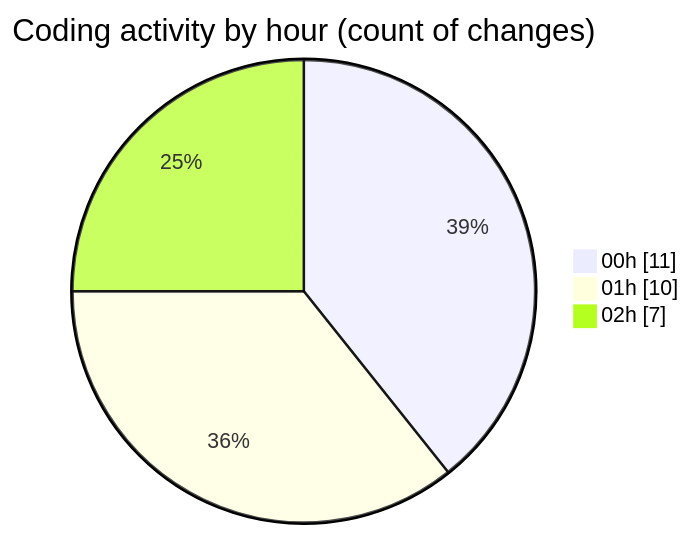
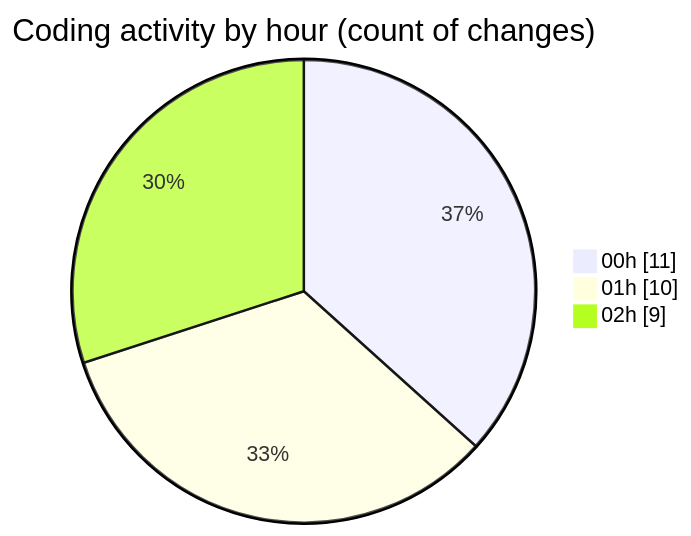
The second of 2 diagrams in 2025-11-02/cdp_aleoudev_fr__workspace_/README.md (julien-gomy/code-tracking), drawn with Mermaid before and after one commit. The commit also changed other lines of this file and 1 other file, not shown here.

````diff
--- a/2025-11-02/cdp_aleoudev_fr__workspace_/README.md
+++ b/2025-11-02/cdp_aleoudev_fr__workspace_/README.md
@@ -32,7 +32,7 @@
 ```mermaid
 pie showData
 title Coding activity by hour (count of changes)
 "00h" : 11
 "01h" : 10
-"02h" : 7
+"02h" : 9
 ```
````
